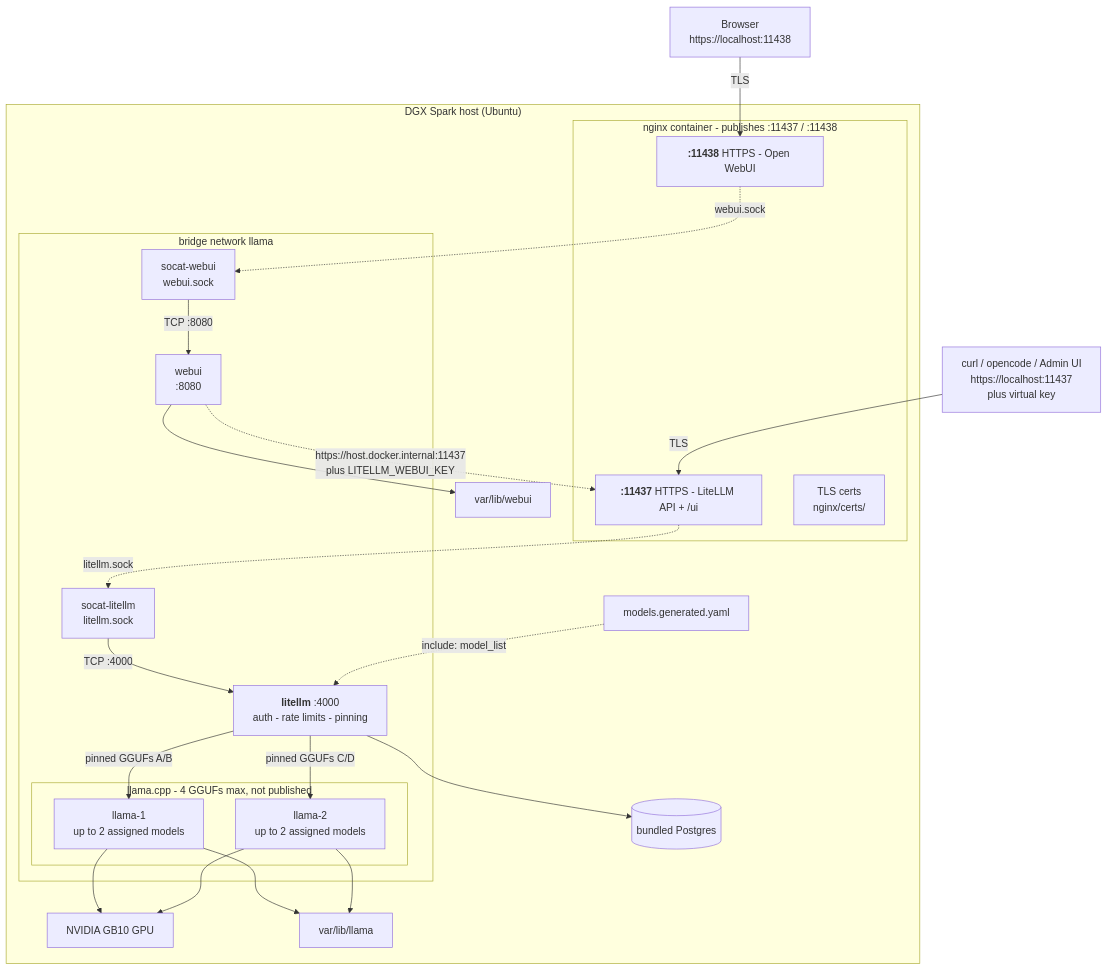
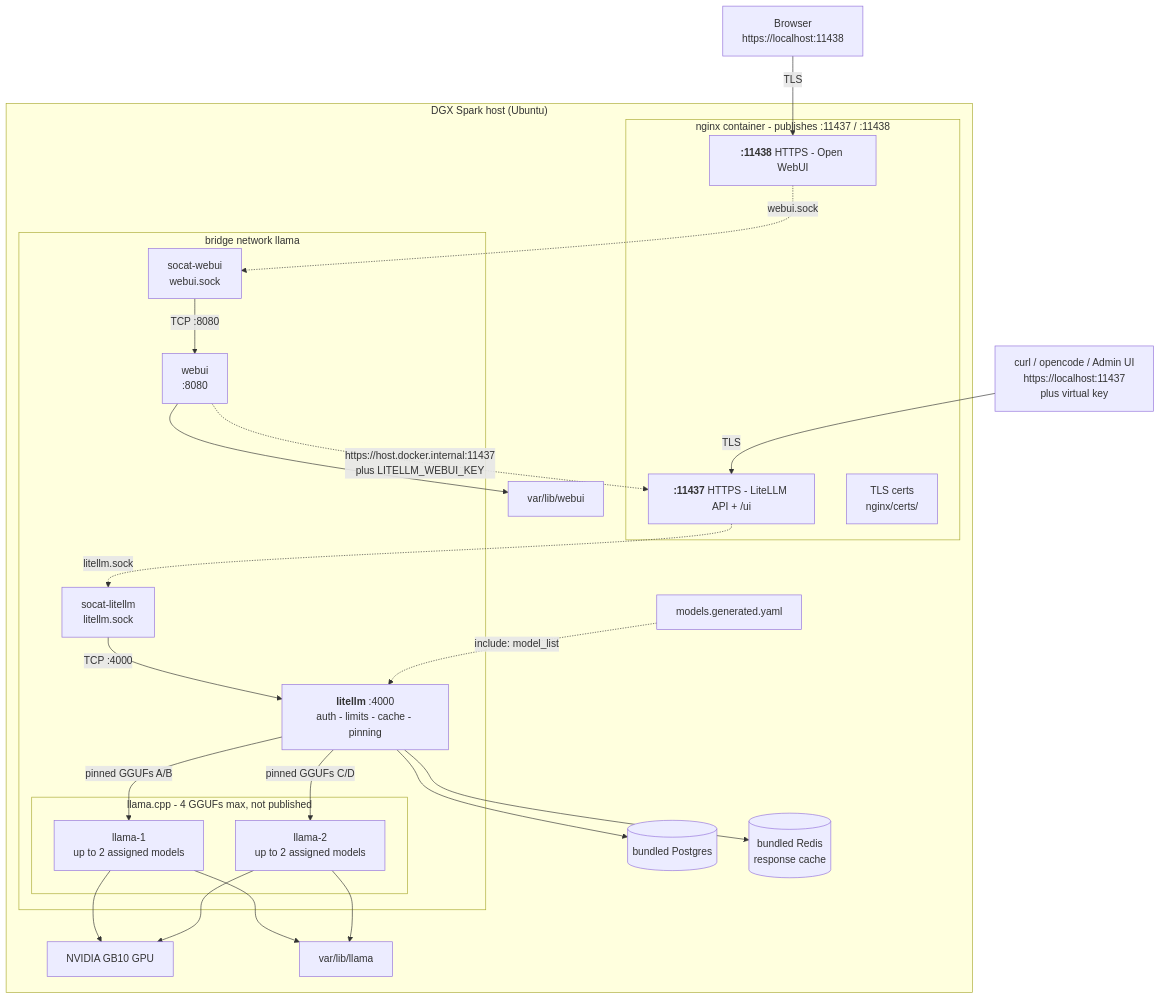
The diagram in docs/diagrams/architecture-litellm.mmd (SpotDraft/llamacpp-serve), drawn with Mermaid before and after one commit. The commit also changed 15 other files, not shown here.

First line of the commit message:
feat: add persistent Redis response caching

```diff
--- a/docs/diagrams/architecture-litellm.mmd
+++ b/docs/diagrams/architecture-litellm.mmd
@@ -1,46 +1,48 @@
 flowchart TD
     CLI1["curl / opencode / Admin UI<br/>https://localhost:11437<br/>plus virtual key"]
     CLI2["Browser<br/>https://localhost:11438"]
 
     subgraph HOST["DGX Spark host (Ubuntu)"]
         subgraph NGX["nginx container - publishes :11437 / :11438"]
             LS11437["<b>:11437</b> HTTPS - LiteLLM API + /ui"]
             LS11438["<b>:11438</b> HTTPS - Open WebUI"]
             CERTS["TLS certs<br/>nginx/certs/"]
         end
 
         subgraph NET["bridge network llama"]
             SL["socat-litellm<br/>litellm.sock"]
-            LL["<b>litellm</b> :4000<br/>auth - rate limits - pinning"]
+            LL["<b>litellm</b> :4000<br/>auth - limits - cache - pinning"]
             subgraph POOL["llama.cpp - 4 GGUFs max, not published"]
                 L1["llama-1<br/>up to 2 assigned models"]
                 L2["llama-2<br/>up to 2 assigned models"]
             end
             W["webui<br/>:8080"]
             SW["socat-webui<br/>webui.sock"]
         end
 
         GPU["NVIDIA GB10 GPU"]
         MODELS["var/lib/llama"]
         GEN["models.generated.yaml"]
         DATA["var/lib/webui"]
         PG[("bundled Postgres")]
+        REDIS[("bundled Redis<br/>response cache")]
     end
 
     CLI1 -->|TLS| LS11437
     CLI2 -->|TLS| LS11438
 
     LS11437 -.->|litellm.sock| SL
     SL -->|TCP :4000| LL
     GEN -.->|include: model_list| LL
     LL -->|"pinned GGUFs A/B"| L1
     LL -->|"pinned GGUFs C/D"| L2
     LL --> PG
+    LL --> REDIS
 
     LS11438 -.->|webui.sock| SW
     SW -->|TCP :8080| W
     W -.->|https://host.docker.internal:11437<br/>plus LITELLM_WEBUI_KEY| LS11437
     W --> DATA
 
     L1 & L2 --> GPU
     L1 & L2 --> MODELS
```
